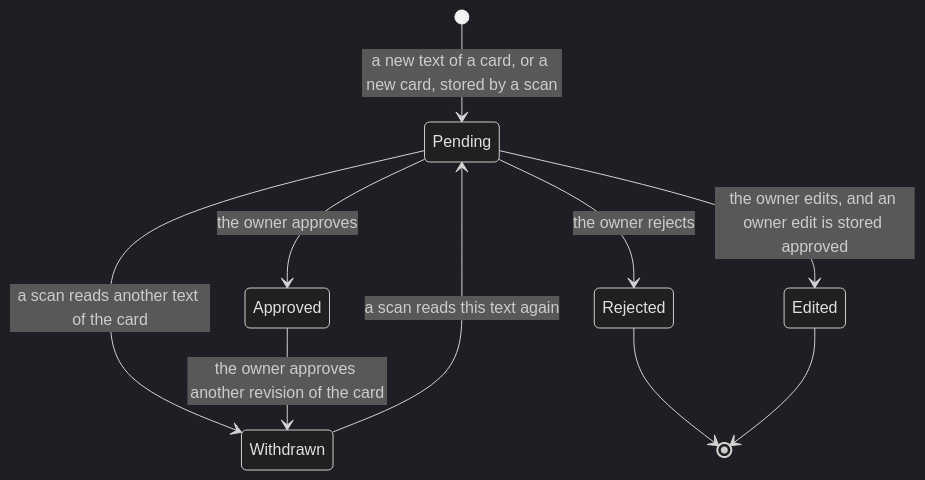
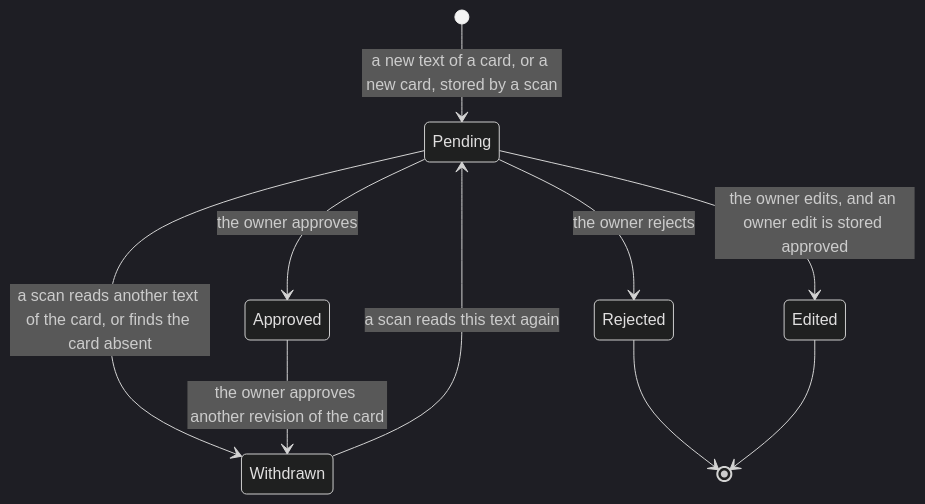
One commit to RexRenatus/deck-streak changed the second of 3 diagrams in docs/schematics/vault-card-candidate-lifecycle.md. Above: the diagram before and after it, drawn with Mermaid (dark theme). The commit also changed 3 other files, not shown here.

````diff
--- a/docs/schematics/vault-card-candidate-lifecycle.md
+++ b/docs/schematics/vault-card-candidate-lifecycle.md
@@ -37,12 +37,12 @@
 ```mermaid
 stateDiagram-v2
   [*] --> Pending: a new text of a card, or a new card, stored by a scan
   Pending --> Approved: the owner approves
   Pending --> Rejected: the owner rejects
   Pending --> Edited: the owner edits, and an owner edit is stored approved
-  Pending --> Withdrawn: a scan reads another text of the card
+  Pending --> Withdrawn: a scan reads another text of the card, or finds the card absent
   Approved --> Withdrawn: the owner approves another revision of the card
   Withdrawn --> Pending: a scan reads this text again
   Rejected --> [*]
   Edited --> [*]
 ```
````
